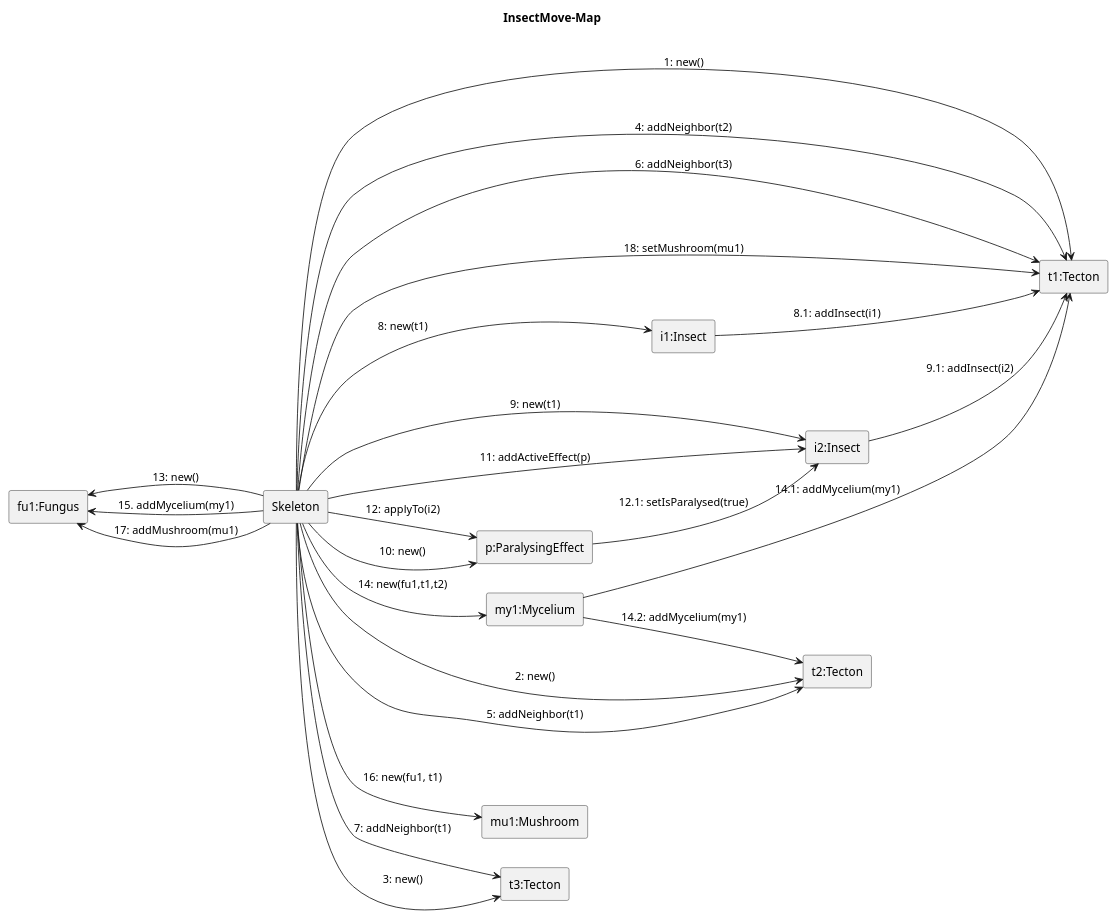
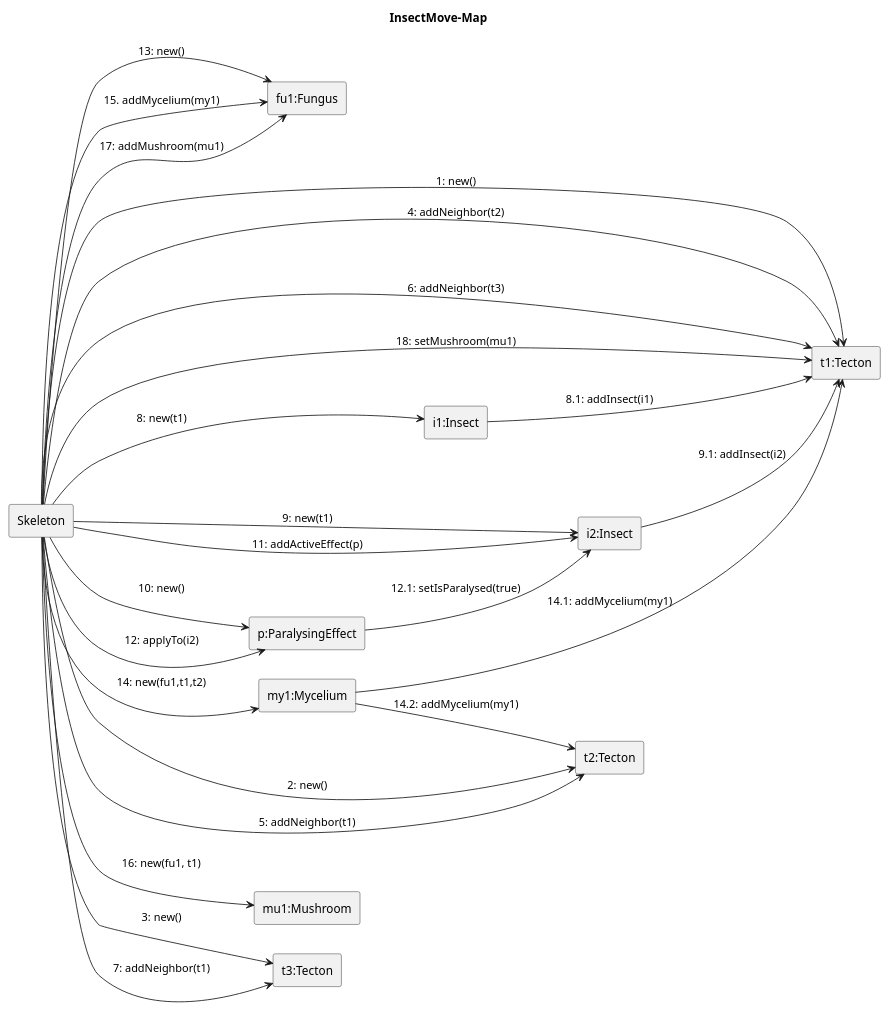
Before and after one commit to ZD4ve/projlab-error521: the diagram in Skeleton/Insect-move/map.pu, drawn with PlantUML. The commit also changed 3 other files, not shown here.

Commit message:
optimize diagrams

```diff
--- a/Skeleton/Insect-move/map.pu
+++ b/Skeleton/Insect-move/map.pu
@@ -1,45 +1,45 @@
 @startuml Insect-move/map 
 left to right direction
 title InsectMove-Map
 'skinparam linetype polyline
 rectangle Skeleton as S
 
 rectangle "fu1:Fungus" as fu1
 rectangle "my1:Mycelium" as my1
 rectangle "mu1:Mushroom" as mu1
 rectangle "t1:Tecton" as t1
 rectangle "t2:Tecton" as t2
 rectangle "t3:Tecton" as t3
 rectangle "i1:Insect" as i1
 rectangle "i2:Insect" as i2
 rectangle "p:ParalysingEffect" as p
 
 S --> t1: 1: new()
 S --> t2: 2: new()
 S --> t3: 3: new()
 S --> t1: 4: addNeighbor(t2)
 S --> t2: 5: addNeighbor(t1)
 S --> t1: 6: addNeighbor(t3)
 S --> t3: 7: addNeighbor(t1)
 
 S --> i1: 8: new(t1)
 i1 --> t1 : 8.1: addInsect(i1)
 S --> i2: 9: new(t1)
 i2 --> t1 : 9.1: addInsect(i2)
 S --> p: 10: new()
 S --> i2: 11: addActiveEffect(p)
 S --> p : 12: applyTo(i2)
 p --> i2 : 12.1: setIsParalysed(true)
 
-S -left-> fu1: 13: new()
+S --> fu1: 13: new()
 S --> my1: 14: new(fu1,t1,t2)
 my1 --> t1 : 14.1: addMycelium(my1)
 my1 --> t2 : 14.2: addMycelium(my1)
 S --> fu1: 15. addMycelium(my1)
 
 S --> mu1: 16: new(fu1, t1)
 S --> fu1: 17: addMushroom(mu1)
 S --> t1: 18: setMushroom(mu1)
 
 
 @enduml
```
